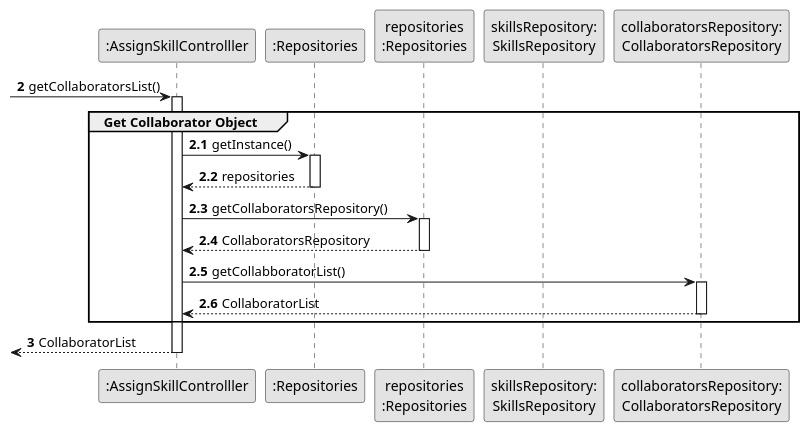
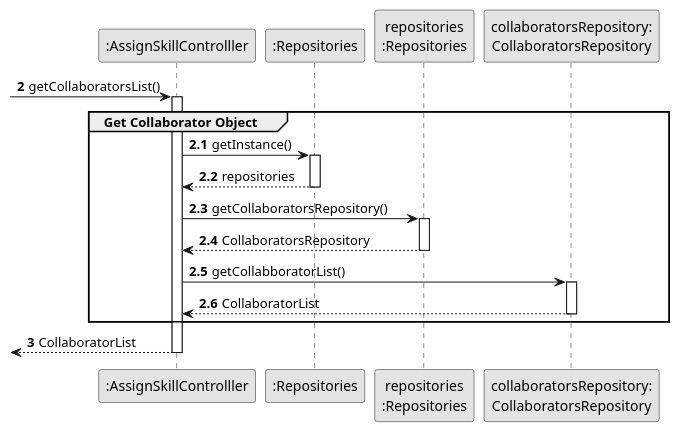
The diagram in docs/sprintA&B/us004/03.design/puml/us004-sequence-diagram-partial-get-collaborator-list.puml (daniel41silva05/ISEP_2023_2024_LAPR2), drawn with PlantUML before and after one commit. The commit also changed 1 other file, not shown here.

```diff
--- a/docs/sprintA&B/us004/03.design/puml/us004-sequence-diagram-partial-get-collaborator-list.puml
+++ b/docs/sprintA&B/us004/03.design/puml/us004-sequence-diagram-partial-get-collaborator-list.puml
@@ -1,33 +1,32 @@
 @startuml
 skinparam monochrome true
 skinparam packageStyle rectangle
 skinparam shadowing false
 autonumber
 'hide footbox
 participant ":AssignSkillControlller" as CTRL
 participant ":Repositories" as REP
 participant "repositories\n:Repositories" as REPS
-participant "skillsRepository:\nSkillsRepository" as skillsRepository
 participant "collaboratorsRepository:\nCollaboratorsRepository" as collaboratorsRepository
 autonumber 2
  -> CTRL : getCollaboratorsList()
 autonumber 2.1
 activate CTRL
     group Get Collaborator Object
             CTRL -> REP : getInstance()
             activate REP
             REP --> CTRL: repositories
             deactivate REP
             CTRL -> REPS : getCollaboratorsRepository()
             activate REPS
             REPS --> CTRL: CollaboratorsRepository
             deactivate REPS
             CTRL -> collaboratorsRepository: getCollabboratorList()
             activate collaboratorsRepository
             collaboratorsRepository --> CTRL : CollaboratorList
             deactivate collaboratorsRepository
     end
     autonumber 3
     <-- CTRL  : CollaboratorList
 deactivate CTRL
 @enduml
```
